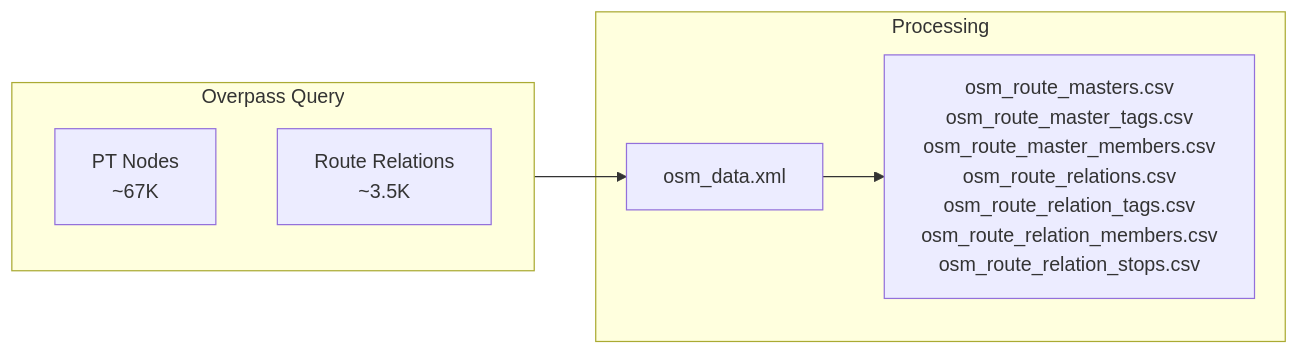
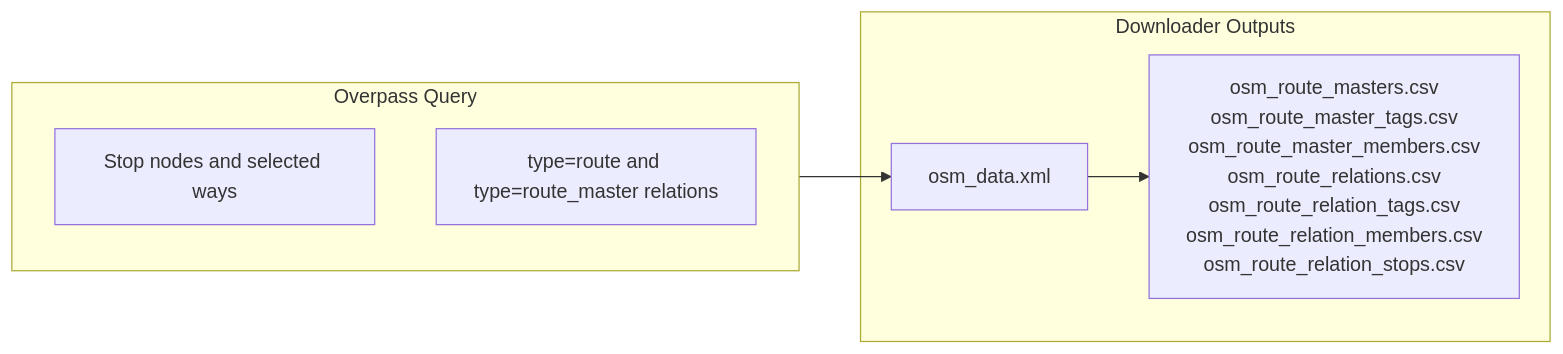
The diagram in documentation/1.3 OSM data.md (openTdataCH/stop_sync_osm_atlas), drawn with Mermaid before and after one commit. The commit also changed other lines of this file and 55 other files, not shown here.

````diff
--- a/documentation/1.3 OSM data.md
+++ b/documentation/1.3 OSM data.md
@@ -39,13 +45,13 @@
 ```mermaid
 flowchart LR
     subgraph Query["Overpass Query"]
-        N["PT Nodes<br/>~67K"]
-        R["Route Relations<br/>~3.5K"]
+        N["Stop nodes and selected ways"]
+        R["type=route and type=route_master relations"]
     end
-    
-    subgraph Process["Processing"]
+
+    subgraph Process["Downloader Outputs"]
         X[osm_data.xml] --> P2["osm_route_masters.csv<br/>osm_route_master_tags.csv<br/>osm_route_master_members.csv<br/>osm_route_relations.csv<br/>osm_route_relation_tags.csv<br/>osm_route_relation_members.csv<br/>osm_route_relation_stops.csv"]
     end
-    
+
     Query --> X
 ```
````
